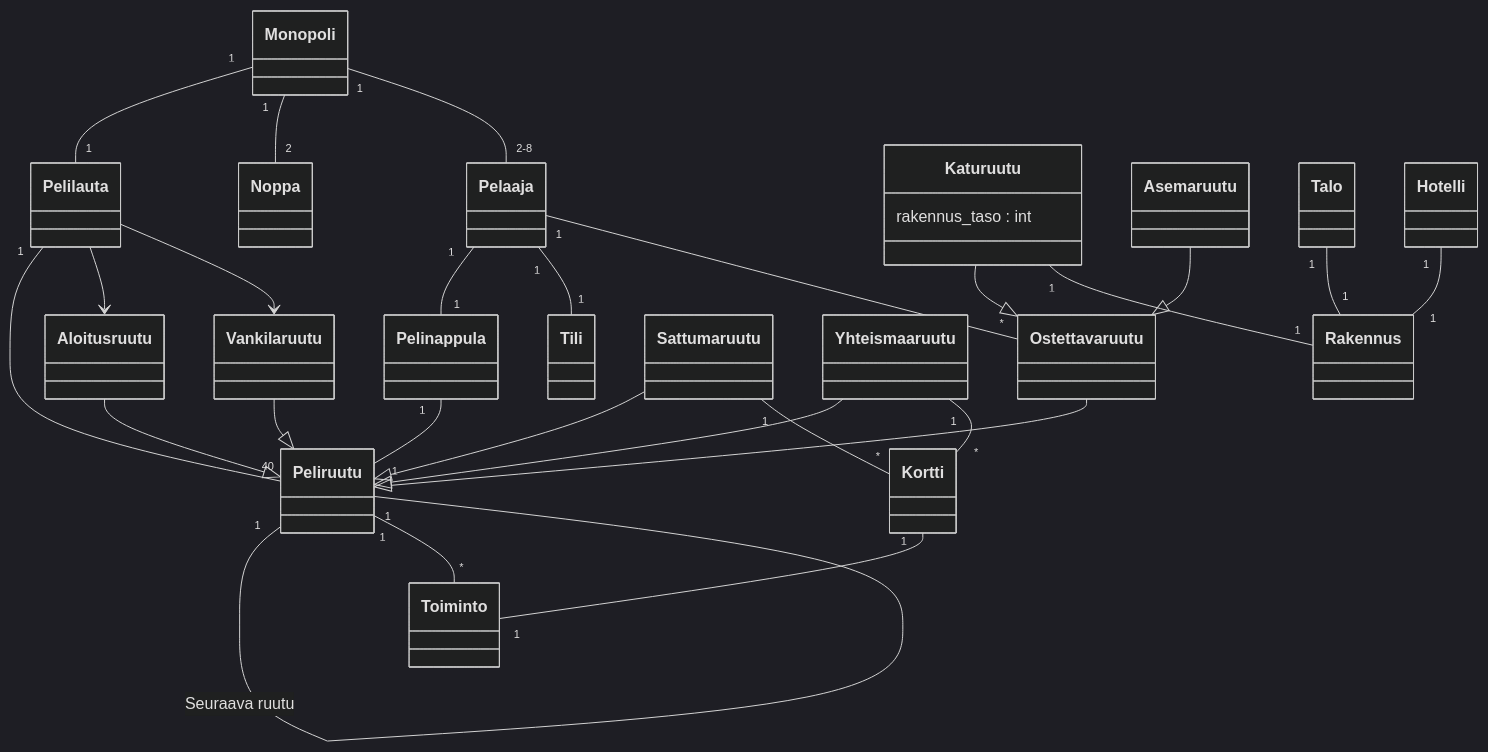
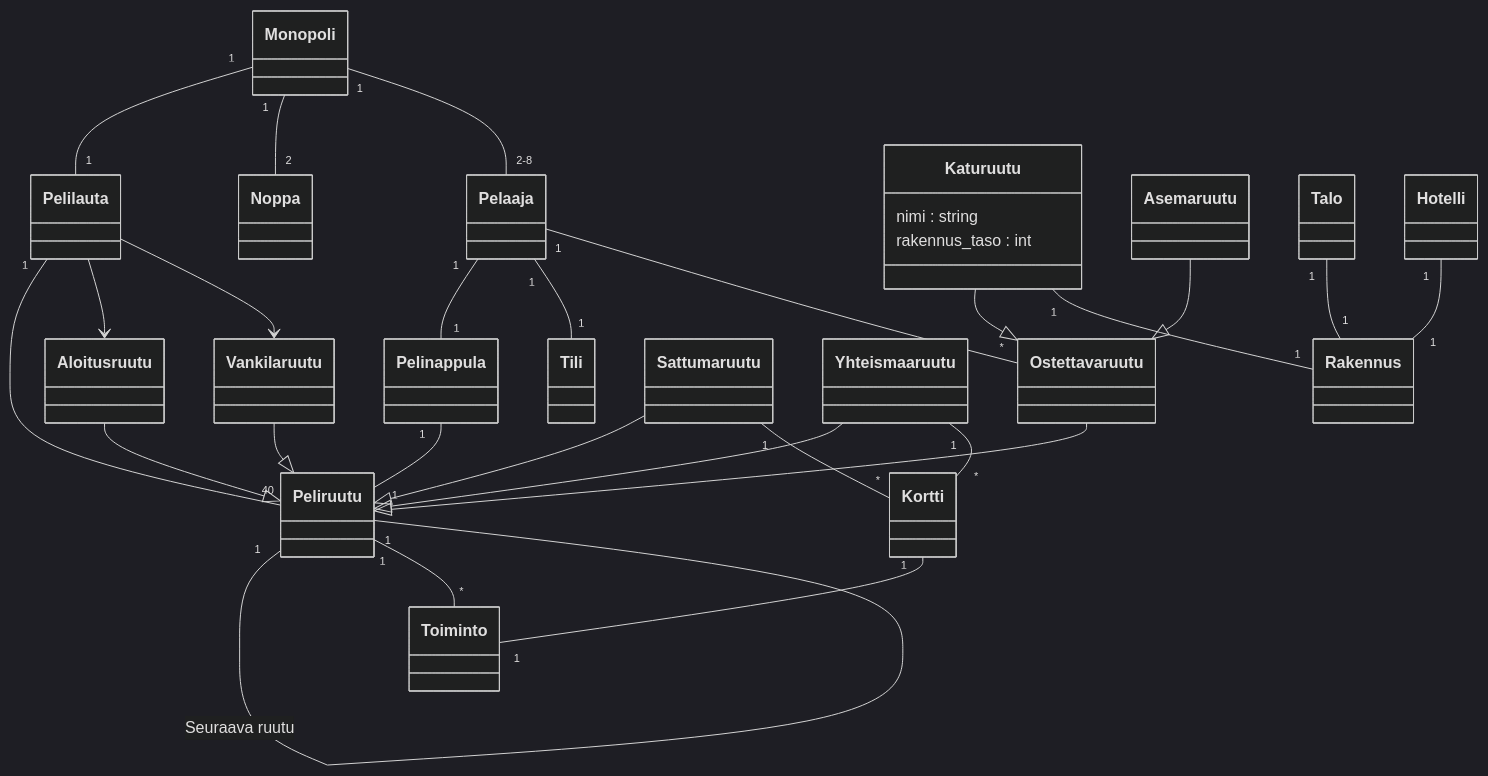
The second of 2 diagrams in laskarit/viikko3/monopoly.md (ronituohino/ohte-harjoitustyo), drawn with Mermaid (dark theme) before and after one commit. The commit also changed 1 other file, not shown here.

Commit message:
Fix: monopoly.md, Add: machine.md

````diff
--- a/laskarit/viikko3/monopoly.md
+++ b/laskarit/viikko3/monopoly.md
@@ -40,57 +40,58 @@
 ```mermaid
  classDiagram
 			Monopoli "1" -- "1" Pelilauta
 			Monopoli "1" -- "2" Noppa
 			Pelilauta "1" -- "40" Peliruutu
 			Peliruutu "1" -- "1" Peliruutu : Seuraava ruutu
 			Pelaaja "1" -- "1" Pelinappula
 			Monopoli "1" -- "2-8" Pelaaja
 			Pelinappula "1" -- "1" Peliruutu
 
 			Pelaaja "1" -- "1" Tili
 			Pelilauta --> Aloitusruutu
 			Pelilauta --> Vankilaruutu
 			Peliruutu "1" -- "*" Toiminto
 
 			Ostettavaruutu --|> Peliruutu
 			Katuruutu --|> Ostettavaruutu
 			Asemaruutu --|> Ostettavaruutu
 			Aloitusruutu --|> Peliruutu
 			Vankilaruutu --|> Peliruutu
 			Sattumaruutu --|> Peliruutu
 			Yhteismaaruutu --|> Peliruutu
 
 			Sattumaruutu "1" -- "*" Kortti
 			Yhteismaaruutu "1" -- "*" Kortti
 			Kortti "1" -- "1" Toiminto
 
 			Katuruutu "1" -- "1" Rakennus
 			Talo "1" -- "1" Rakennus
 			Hotelli "1" -- "1" Rakennus
 			Pelaaja "1" -- "*" Ostettavaruutu
 
 			class Monopoli { }
       class Pelilauta { }
       class Noppa { }
       class Pelaaja { }
 			class Pelinappula { }
 			class Peliruutu { }
 
 			class Tili { }
 			class Ostettavaruutu { }
 			class Katuruutu {
+        nimi : string
 				rakennus_taso : int
 			}
 			class Asemaruutu { }
 			class Aloitusruutu { }
 			class Vankilaruutu { }
 			class Sattumaruutu { }
 			class Yhteismaaruutu { }
 
 			class Kortti { }
 			class Toiminto { }
 
 			class Rakennus { }
 			class Talo { }
 			class Hotelli { }
 ```
````
